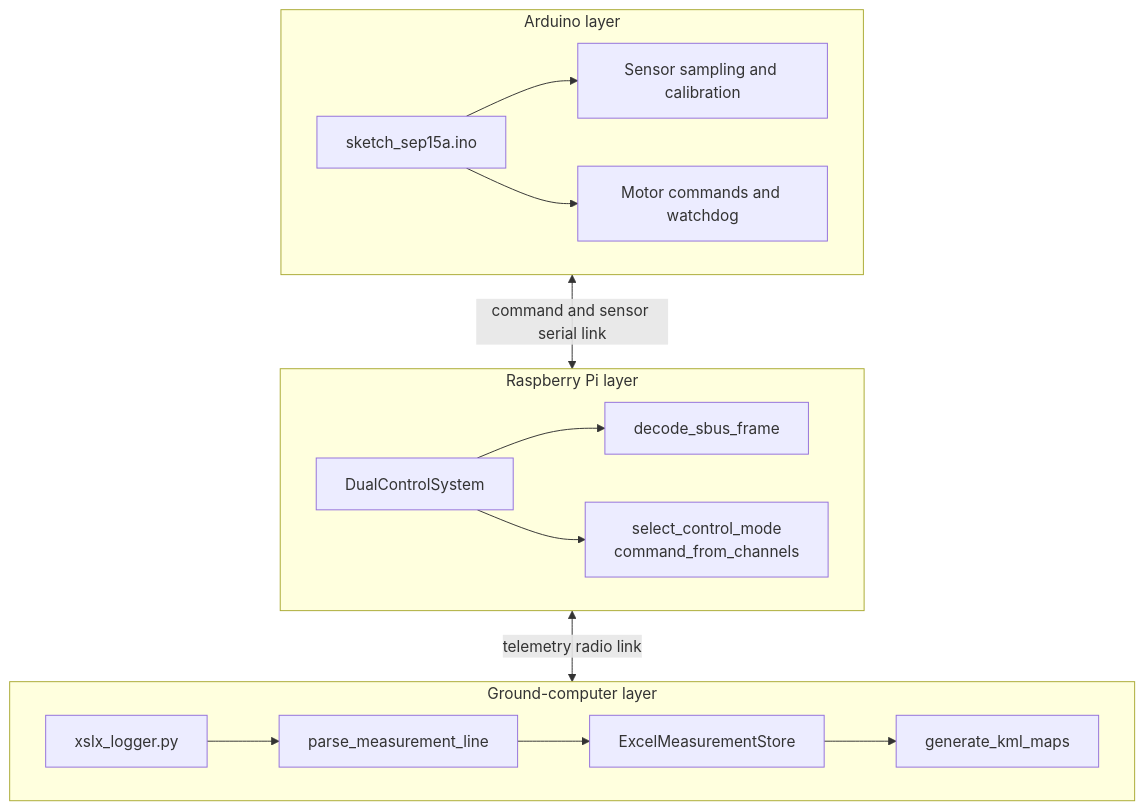
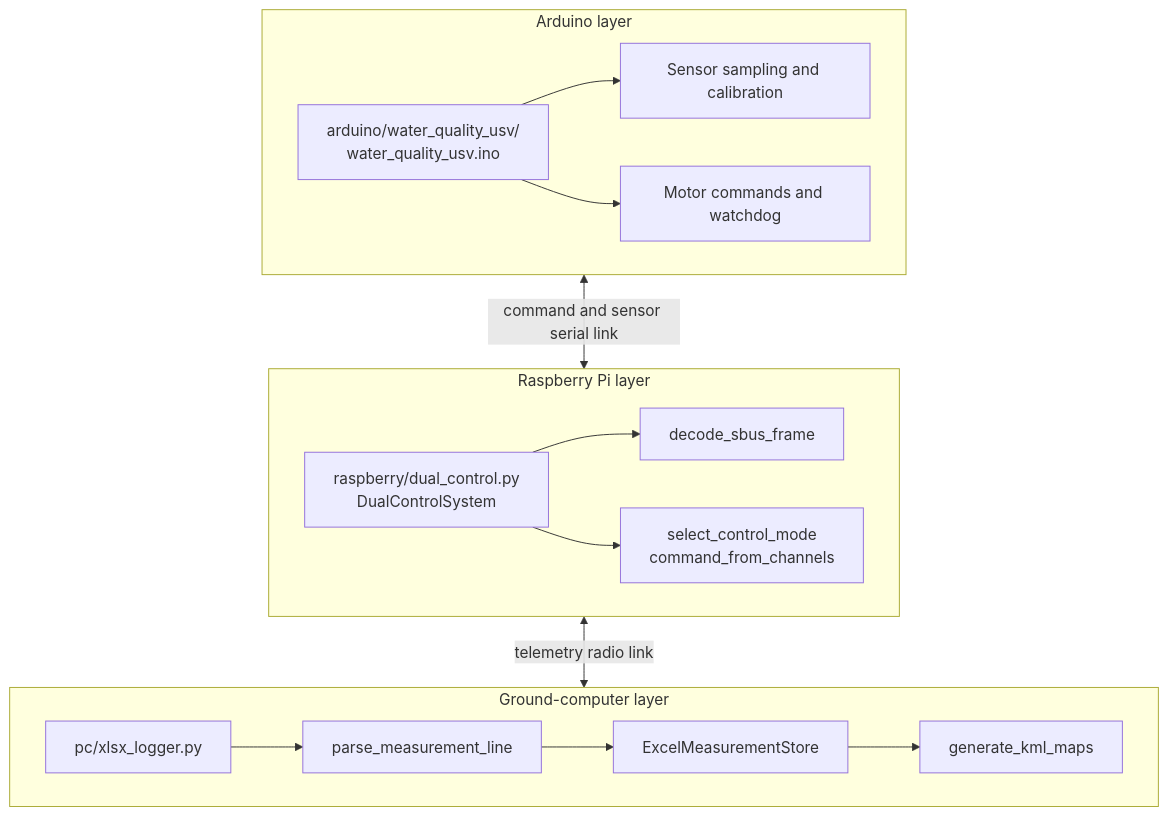
One commit to emircanylmz/water-quality-usv changed the second of 8 diagrams in docs/ARCHITECTURE_EN.md. Above: the diagram before and after it, drawn with Mermaid. The commit also changed other lines of this file and 30 other files, not shown here.

````diff
--- a/docs/ARCHITECTURE_EN.md
+++ b/docs/ARCHITECTURE_EN.md
@@ -56,17 +56,17 @@
 ```mermaid
 flowchart TB
     subgraph ArduinoLayer["Arduino layer"]
-        Sketch["sketch_sep15a.ino"] --> SensorRead["Sensor sampling and calibration"]
+        Sketch["arduino/water_quality_usv/<br/>water_quality_usv.ino"] --> SensorRead["Sensor sampling and calibration"]
         Sketch --> MotorDrive["Motor commands and watchdog"]
     end
     subgraph PiLayer["Raspberry Pi layer"]
-        Dual["DualControlSystem"] --> SBus["decode_sbus_frame"]
+        Dual["raspberry/dual_control.py<br/>DualControlSystem"] --> SBus["decode_sbus_frame"]
         Dual --> Decision["select_control_mode<br/>command_from_channels"]
     end
     subgraph GroundLayer["Ground-computer layer"]
-        Logger["xslx_logger.py"] --> Protocol["parse_measurement_line"]
+        Logger["pc/xlsx_logger.py"] --> Protocol["parse_measurement_line"]
         Protocol --> Store["ExcelMeasurementStore"] --> Maps["generate_kml_maps"]
     end
     ArduinoLayer <-->|"command and sensor serial link"| PiLayer
     PiLayer <-->|"telemetry radio link"| GroundLayer
 ```
````
